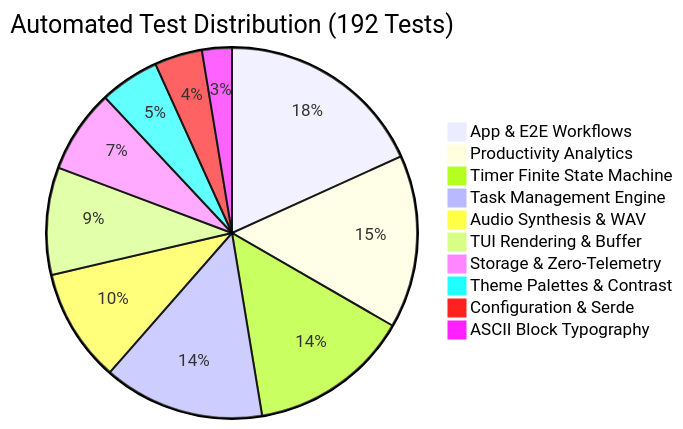
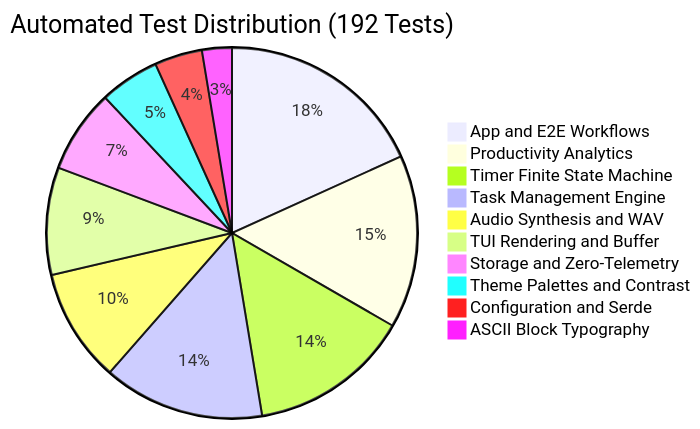
The fourth of 4 diagrams in System_design.md (amanalip/Termodoro), drawn with Mermaid before and after one commit. The commit also changed other lines of this file, not shown here.

First line of the commit message:
fix(docs): fix Mermaid diagram syntax in System_design.md

````diff
--- a/System_design.md
+++ b/System_design.md
@@ -347,13 +348,13 @@
 ```mermaid
 pie title Automated Test Distribution (192 Tests)
-    "App & E2E Workflows" : 35
+    "App and E2E Workflows" : 35
     "Productivity Analytics" : 29
     "Timer Finite State Machine" : 27
     "Task Management Engine" : 27
-    "Audio Synthesis & WAV" : 19
-    "TUI Rendering & Buffer" : 18
-    "Storage & Zero-Telemetry" : 14
-    "Theme Palettes & Contrast" : 10
-    "Configuration & Serde" : 8
+    "Audio Synthesis and WAV" : 19
+    "TUI Rendering and Buffer" : 18
+    "Storage and Zero-Telemetry" : 14
+    "Theme Palettes and Contrast" : 10
+    "Configuration and Serde" : 8
     "ASCII Block Typography" : 5
 ```
````
